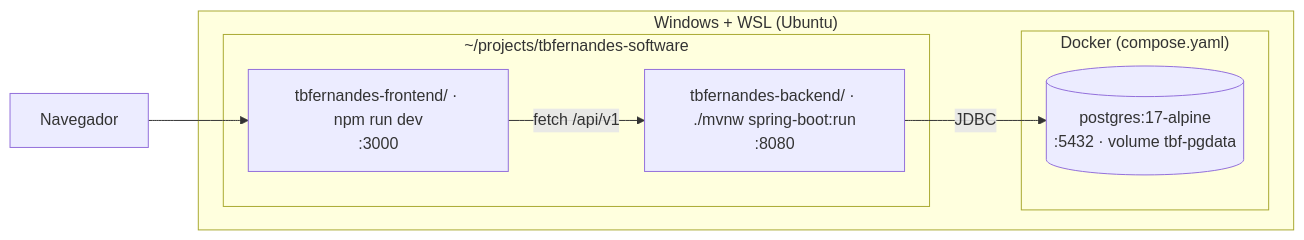
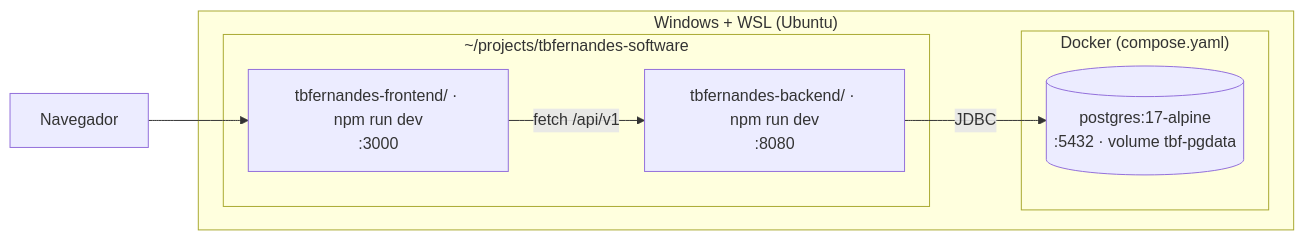
The ninth of 9 diagrams in docs/backend/diagramas.md (thiagobfernandes/tbfernandes-software), drawn with Mermaid before and after one commit. The commit also changed other lines of this file and 758 other files, not shown here.

First line of the commit message:
refactor(backend): remover o Java e renomear o NestJS para tbfernandes-backend (etapa 5b) (#19)

````diff
--- a/docs/backend/diagramas.md
+++ b/docs/backend/diagramas.md
@@ -428,15 +428,15 @@
 ```mermaid
 flowchart LR
     subgraph pc["Windows + WSL (Ubuntu)"]
         subgraph wsl["~/projects/tbfernandes-software"]
             next["tbfernandes-frontend/ · npm run dev<br/>:3000"]
-            boot["tbfernandes-backend/ · ./mvnw spring-boot:run<br/>:8080"]
+            boot["tbfernandes-backend/ · npm run dev<br/>:8080"]
         end
         subgraph docker["Docker (compose.yaml)"]
             pg[("postgres:17-alpine<br/>:5432 · volume tbf-pgdata")]
         end
     end
     browser["Navegador"] --> next
     next -- "fetch /api/v1" --> boot
     boot -- JDBC --> pg
 ```
````
